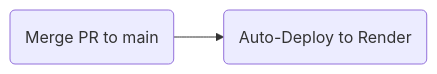
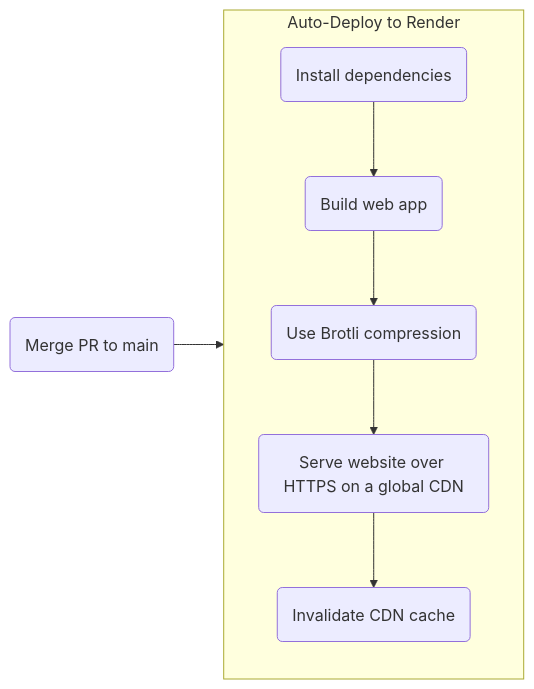
The fourth of 4 diagrams in README.md (Abhiek187/ez-recipes-web), drawn with Mermaid before and after one commit. The commit also changed other lines of this file, not shown here.

Commit message:
Show auto-deployment steps in the diagram

````diff
--- a/README.md
+++ b/README.md
@@ -71,5 +71,13 @@
 ```mermaid
 flowchart LR
 
 A(Merge PR to main) --> B(Auto-Deploy to Render)
+
+subgraph B [Auto-Deploy to Render]
+direction TB
+C(Install dependencies) --> D(Build web app)
+D --> E(Use Brotli compression)
+E --> F(Serve website over HTTPS on a global CDN)
+F --> G(Invalidate CDN cache)
+end
 ```
````
